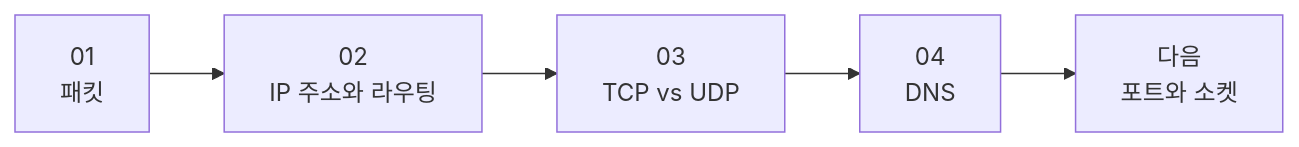
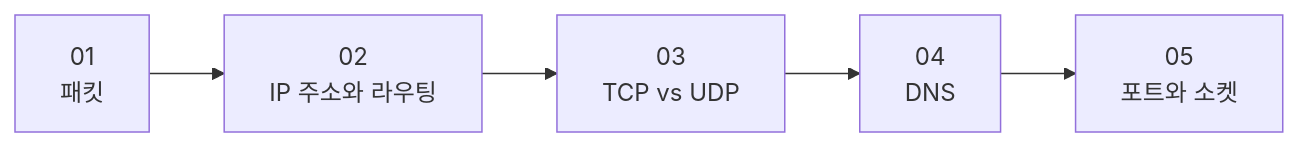
One commit to kmj8843/blog changed the diagram in docs/Network/index.md. Above: the diagram before and after it, drawn with Mermaid. The commit also changed other lines of this file and 1 other file, not shown here.

````diff
--- a/docs/Network/index.md
+++ b/docs/Network/index.md
@@ -30,7 +30,7 @@
 ```mermaid
 flowchart LR
     A[01<br/>패킷] --> B[02<br/>IP 주소와 라우팅]
     B --> C[03<br/>TCP vs UDP]
     C --> D[04<br/>DNS]
-    D --> E[다음<br/>포트와 소켓]
+    D --> E[05<br/>포트와 소켓]
 ```
````
